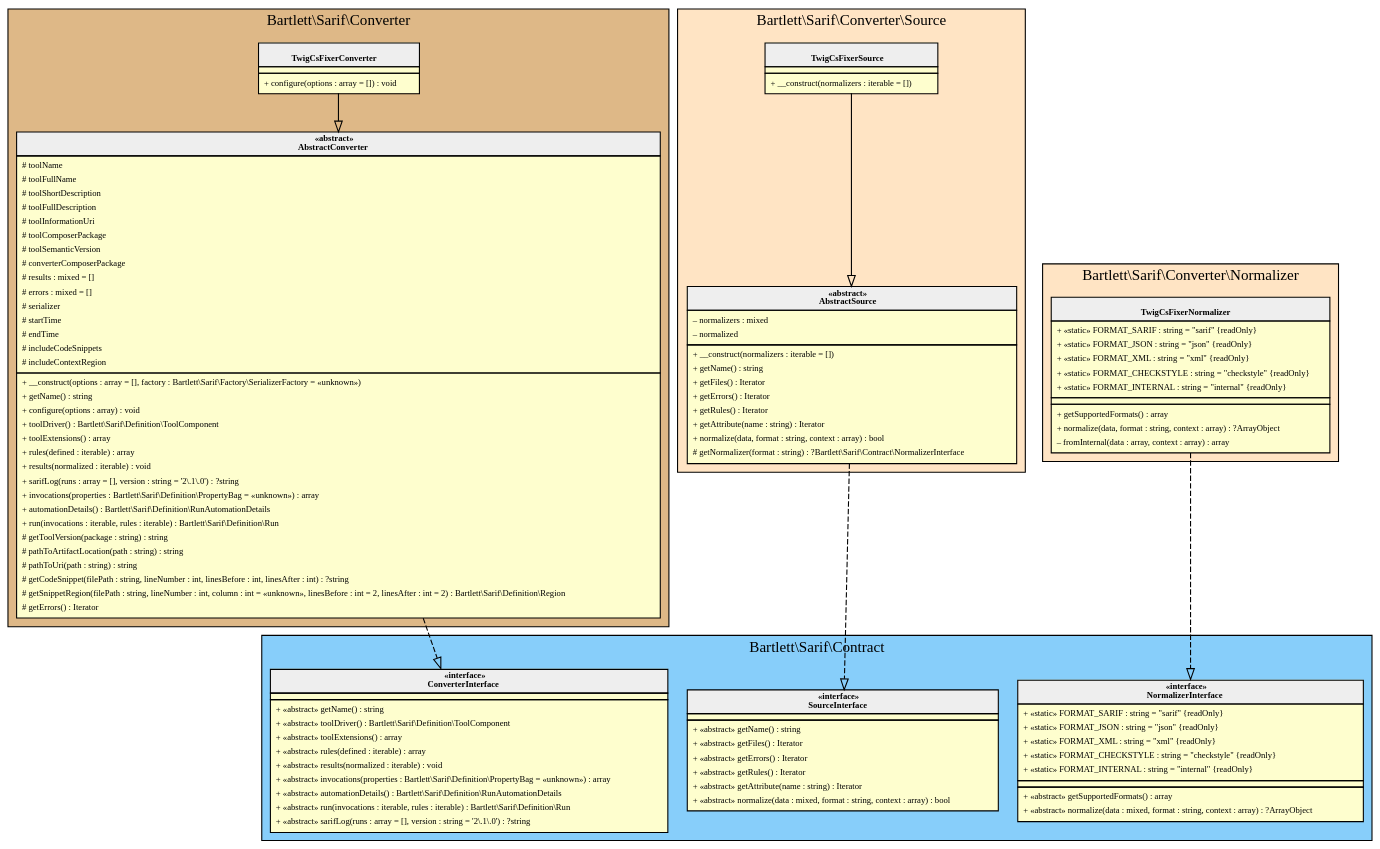
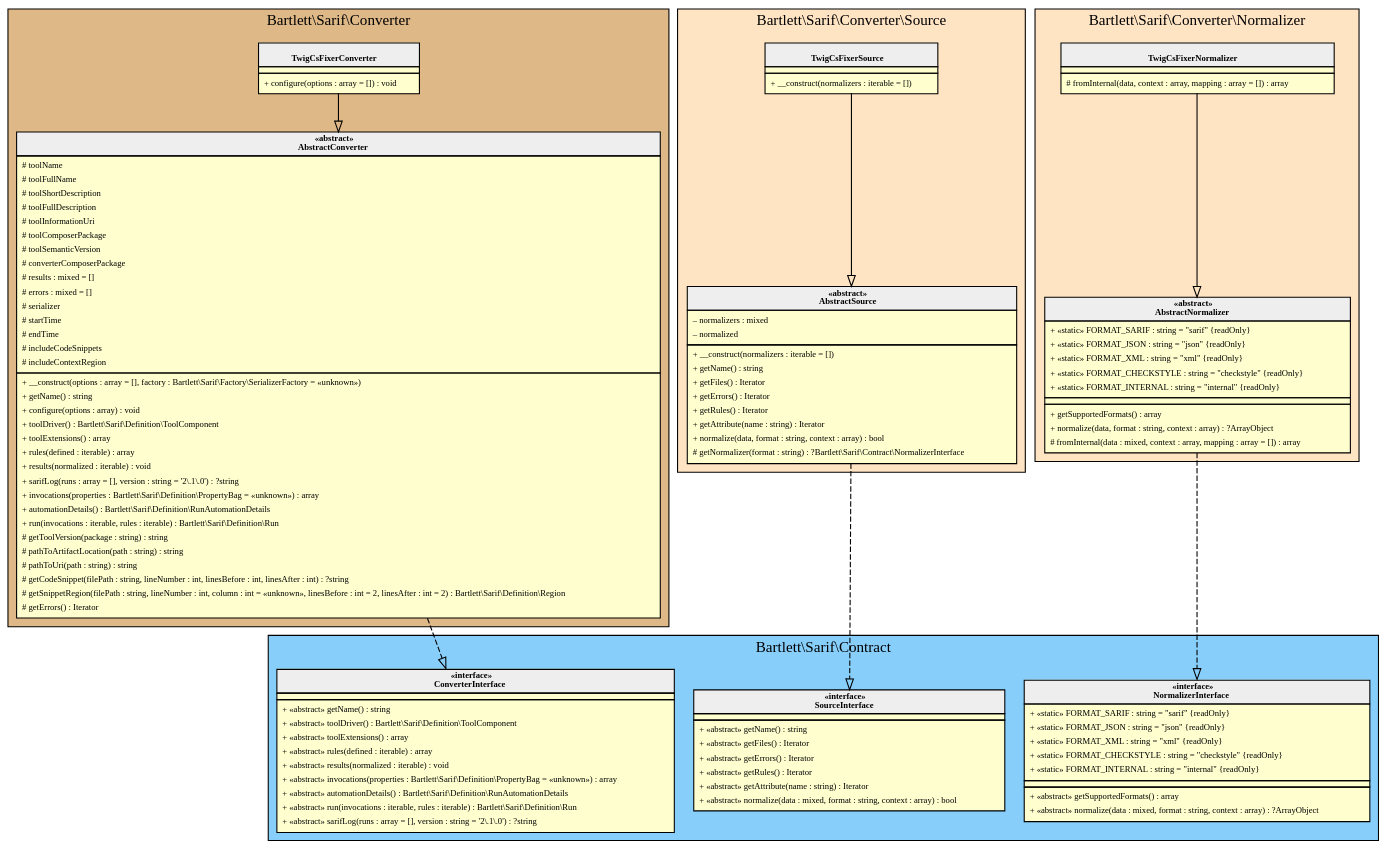
Before and after one commit to llaville/sarif-php-converters: the diagram in 1.0/assets/images/converter-twigcs-fixer.html.gv, drawn with Graphviz. The commit also changed 26 other files, not shown here.

```diff
--- a/1.0/assets/images/converter-twigcs-fixer.html.gv
+++ b/1.0/assets/images/converter-twigcs-fixer.html.gv
@@ -1,162 +1,171 @@
 digraph {
   graph [name="G" overlap="false" rankdir="TB" bgcolor="transparent"]
   node [fontname="Verdana" fontsize=8 shape="none" margin=0 fillcolor="#FEFECE" style="filled"]
   edge [fontname="Verdana" fontsize=8]
   subgraph cluster_0 {
     graph [bgcolor="BurlyWood"]
     label = "Bartlett\\Sarif\\Converter"
     "Bartlett\\Sarif\\Converter\\TwigCsFixerConverter" [shape="none" label=<
 <table cellspacing="0" border="0" cellborder="1">
     <tr><td bgcolor="#eeeeee"><b><br/>TwigCsFixerConverter</b></td></tr>
     <tr><td></td></tr>
     <tr><td><table border="0" cellspacing="0" cellpadding="2">
     <tr><td align="left">+ configure(options : array = []) : void</td></tr>
 </table></td></tr>
 </table>>]
     "Bartlett\\Sarif\\Converter\\AbstractConverter" [shape="none" label=<
 <table cellspacing="0" border="0" cellborder="1">
     <tr><td bgcolor="#eeeeee"><b>«abstract»<br/>AbstractConverter</b></td></tr>
     <tr><td><table border="0" cellspacing="0" cellpadding="2">
     <tr><td align="left"># toolName</td></tr>
     <tr><td align="left"># toolFullName</td></tr>
     <tr><td align="left"># toolShortDescription</td></tr>
     <tr><td align="left"># toolFullDescription</td></tr>
     <tr><td align="left"># toolInformationUri</td></tr>
     <tr><td align="left"># toolComposerPackage</td></tr>
     <tr><td align="left"># toolSemanticVersion</td></tr>
     <tr><td align="left"># converterComposerPackage</td></tr>
     <tr><td align="left"># results : mixed = []</td></tr>
     <tr><td align="left"># errors : mixed = []</td></tr>
     <tr><td align="left"># serializer</td></tr>
     <tr><td align="left"># startTime</td></tr>
     <tr><td align="left"># endTime</td></tr>
     <tr><td align="left"># includeCodeSnippets</td></tr>
     <tr><td align="left"># includeContextRegion</td></tr>
 </table></td></tr>
     <tr><td><table border="0" cellspacing="0" cellpadding="2">
     <tr><td align="left">+ __construct(options : array = [], factory : Bartlett\\Sarif\\Factory\\SerializerFactory = «unknown»)</td></tr>
     <tr><td align="left">+ getName() : string</td></tr>
     <tr><td align="left">+ configure(options : array) : void</td></tr>
     <tr><td align="left">+ toolDriver() : Bartlett\\Sarif\\Definition\\ToolComponent</td></tr>
     <tr><td align="left">+ toolExtensions() : array</td></tr>
     <tr><td align="left">+ rules(defined : iterable) : array</td></tr>
     <tr><td align="left">+ results(normalized : iterable) : void</td></tr>
     <tr><td align="left">+ sarifLog(runs : array = [], version : string = '2\.1\.0') : ?string</td></tr>
     <tr><td align="left">+ invocations(properties : Bartlett\\Sarif\\Definition\\PropertyBag = «unknown») : array</td></tr>
     <tr><td align="left">+ automationDetails() : Bartlett\\Sarif\\Definition\\RunAutomationDetails</td></tr>
     <tr><td align="left">+ run(invocations : iterable, rules : iterable) : Bartlett\\Sarif\\Definition\\Run</td></tr>
     <tr><td align="left"># getToolVersion(package : string) : string</td></tr>
     <tr><td align="left"># pathToArtifactLocation(path : string) : string</td></tr>
     <tr><td align="left"># pathToUri(path : string) : string</td></tr>
     <tr><td align="left"># getCodeSnippet(filePath : string, lineNumber : int, linesBefore : int, linesAfter : int) : ?string</td></tr>
     <tr><td align="left"># getSnippetRegion(filePath : string, lineNumber : int, column : int = «unknown», linesBefore : int = 2, linesAfter : int = 2) : Bartlett\\Sarif\\Definition\\Region</td></tr>
     <tr><td align="left"># getErrors() : Iterator</td></tr>
 </table></td></tr>
 </table>>]
   }
   subgraph cluster_1 {
     graph [bgcolor="LightSkyBlue"]
     label = "Bartlett\\Sarif\\Contract"
     "Bartlett\\Sarif\\Contract\\ConverterInterface" [shape="none" label=<
 <table cellspacing="0" border="0" cellborder="1">
     <tr><td bgcolor="#eeeeee"><b>«interface»<br/>ConverterInterface</b></td></tr>
     <tr><td></td></tr>
     <tr><td><table border="0" cellspacing="0" cellpadding="2">
     <tr><td align="left">+ «abstract» getName() : string</td></tr>
     <tr><td align="left">+ «abstract» toolDriver() : Bartlett\\Sarif\\Definition\\ToolComponent</td></tr>
     <tr><td align="left">+ «abstract» toolExtensions() : array</td></tr>
     <tr><td align="left">+ «abstract» rules(defined : iterable) : array</td></tr>
     <tr><td align="left">+ «abstract» results(normalized : iterable) : void</td></tr>
     <tr><td align="left">+ «abstract» invocations(properties : Bartlett\\Sarif\\Definition\\PropertyBag = «unknown») : array</td></tr>
     <tr><td align="left">+ «abstract» automationDetails() : Bartlett\\Sarif\\Definition\\RunAutomationDetails</td></tr>
     <tr><td align="left">+ «abstract» run(invocations : iterable, rules : iterable) : Bartlett\\Sarif\\Definition\\Run</td></tr>
     <tr><td align="left">+ «abstract» sarifLog(runs : array = [], version : string = '2\.1\.0') : ?string</td></tr>
 </table></td></tr>
 </table>>]
     "Bartlett\\Sarif\\Contract\\SourceInterface" [shape="none" label=<
 <table cellspacing="0" border="0" cellborder="1">
     <tr><td bgcolor="#eeeeee"><b>«interface»<br/>SourceInterface</b></td></tr>
     <tr><td></td></tr>
     <tr><td><table border="0" cellspacing="0" cellpadding="2">
     <tr><td align="left">+ «abstract» getName() : string</td></tr>
     <tr><td align="left">+ «abstract» getFiles() : Iterator</td></tr>
     <tr><td align="left">+ «abstract» getErrors() : Iterator</td></tr>
     <tr><td align="left">+ «abstract» getRules() : Iterator</td></tr>
     <tr><td align="left">+ «abstract» getAttribute(name : string) : Iterator</td></tr>
     <tr><td align="left">+ «abstract» normalize(data : mixed, format : string, context : array) : bool</td></tr>
 </table></td></tr>
 </table>>]
     "Bartlett\\Sarif\\Contract\\NormalizerInterface" [shape="none" label=<
 <table cellspacing="0" border="0" cellborder="1">
     <tr><td bgcolor="#eeeeee"><b>«interface»<br/>NormalizerInterface</b></td></tr>
     <tr><td><table border="0" cellspacing="0" cellpadding="2">
     <tr><td align="left">+ «static» FORMAT_SARIF : string = "sarif" {readOnly}</td></tr>
     <tr><td align="left">+ «static» FORMAT_JSON : string = "json" {readOnly}</td></tr>
     <tr><td align="left">+ «static» FORMAT_XML : string = "xml" {readOnly}</td></tr>
     <tr><td align="left">+ «static» FORMAT_CHECKSTYLE : string = "checkstyle" {readOnly}</td></tr>
     <tr><td align="left">+ «static» FORMAT_INTERNAL : string = "internal" {readOnly}</td></tr>
 </table></td></tr>
     <tr><td></td></tr>
     <tr><td><table border="0" cellspacing="0" cellpadding="2">
     <tr><td align="left">+ «abstract» getSupportedFormats() : array</td></tr>
     <tr><td align="left">+ «abstract» normalize(data : mixed, format : string, context : array) : ?ArrayObject</td></tr>
 </table></td></tr>
 </table>>]
   }
   subgraph cluster_2 {
     graph [bgcolor="Bisque"]
     label = "Bartlett\\Sarif\\Converter\\Source"
     "Bartlett\\Sarif\\Converter\\Source\\TwigCsFixerSource" [shape="none" label=<
 <table cellspacing="0" border="0" cellborder="1">
     <tr><td bgcolor="#eeeeee"><b><br/>TwigCsFixerSource</b></td></tr>
     <tr><td></td></tr>
     <tr><td><table border="0" cellspacing="0" cellpadding="2">
     <tr><td align="left">+ __construct(normalizers : iterable = [])</td></tr>
 </table></td></tr>
 </table>>]
     "Bartlett\\Sarif\\Converter\\Source\\AbstractSource" [shape="none" label=<
 <table cellspacing="0" border="0" cellborder="1">
     <tr><td bgcolor="#eeeeee"><b>«abstract»<br/>AbstractSource</b></td></tr>
     <tr><td><table border="0" cellspacing="0" cellpadding="2">
     <tr><td align="left">– normalizers : mixed</td></tr>
     <tr><td align="left">– normalized</td></tr>
 </table></td></tr>
     <tr><td><table border="0" cellspacing="0" cellpadding="2">
     <tr><td align="left">+ __construct(normalizers : iterable = [])</td></tr>
     <tr><td align="left">+ getName() : string</td></tr>
     <tr><td align="left">+ getFiles() : Iterator</td></tr>
     <tr><td align="left">+ getErrors() : Iterator</td></tr>
     <tr><td align="left">+ getRules() : Iterator</td></tr>
     <tr><td align="left">+ getAttribute(name : string) : Iterator</td></tr>
     <tr><td align="left">+ normalize(data, format : string, context : array) : bool</td></tr>
     <tr><td align="left"># getNormalizer(format : string) : ?Bartlett\\Sarif\\Contract\\NormalizerInterface</td></tr>
 </table></td></tr>
 </table>>]
   }
   subgraph cluster_3 {
     graph [bgcolor="Bisque"]
     label = "Bartlett\\Sarif\\Converter\\Normalizer"
     "Bartlett\\Sarif\\Converter\\Normalizer\\TwigCsFixerNormalizer" [shape="none" label=<
 <table cellspacing="0" border="0" cellborder="1">
     <tr><td bgcolor="#eeeeee"><b><br/>TwigCsFixerNormalizer</b></td></tr>
+    <tr><td></td></tr>
+    <tr><td><table border="0" cellspacing="0" cellpadding="2">
+    <tr><td align="left"># fromInternal(data, context : array, mapping : array = []) : array</td></tr>
+</table></td></tr>
+</table>>]
+    "Bartlett\\Sarif\\Converter\\Normalizer\\AbstractNormalizer" [shape="none" label=<
+<table cellspacing="0" border="0" cellborder="1">
+    <tr><td bgcolor="#eeeeee"><b>«abstract»<br/>AbstractNormalizer</b></td></tr>
     <tr><td><table border="0" cellspacing="0" cellpadding="2">
     <tr><td align="left">+ «static» FORMAT_SARIF : string = "sarif" {readOnly}</td></tr>
     <tr><td align="left">+ «static» FORMAT_JSON : string = "json" {readOnly}</td></tr>
     <tr><td align="left">+ «static» FORMAT_XML : string = "xml" {readOnly}</td></tr>
     <tr><td align="left">+ «static» FORMAT_CHECKSTYLE : string = "checkstyle" {readOnly}</td></tr>
     <tr><td align="left">+ «static» FORMAT_INTERNAL : string = "internal" {readOnly}</td></tr>
 </table></td></tr>
     <tr><td></td></tr>
     <tr><td><table border="0" cellspacing="0" cellpadding="2">
     <tr><td align="left">+ getSupportedFormats() : array</td></tr>
     <tr><td align="left">+ normalize(data, format : string, context : array) : ?ArrayObject</td></tr>
-    <tr><td align="left">– fromInternal(data : array, context : array) : array</td></tr>
+    <tr><td align="left"># fromInternal(data : mixed, context : array, mapping : array = []) : array</td></tr>
 </table></td></tr>
 </table>>]
   }
   "Bartlett\\Sarif\\Converter\\AbstractConverter" -> "Bartlett\\Sarif\\Contract\\ConverterInterface" [arrowhead="empty" style="dashed"]
   "Bartlett\\Sarif\\Converter\\TwigCsFixerConverter" -> "Bartlett\\Sarif\\Converter\\AbstractConverter" [arrowhead="empty" style="filled"]
   "Bartlett\\Sarif\\Converter\\Source\\AbstractSource" -> "Bartlett\\Sarif\\Contract\\SourceInterface" [arrowhead="empty" style="dashed"]
   "Bartlett\\Sarif\\Converter\\Source\\TwigCsFixerSource" -> "Bartlett\\Sarif\\Converter\\Source\\AbstractSource" [arrowhead="empty" style="filled"]
-  "Bartlett\\Sarif\\Converter\\Normalizer\\TwigCsFixerNormalizer" -> "Bartlett\\Sarif\\Contract\\NormalizerInterface" [arrowhead="empty" style="dashed"]
+  "Bartlett\\Sarif\\Converter\\Normalizer\\AbstractNormalizer" -> "Bartlett\\Sarif\\Contract\\NormalizerInterface" [arrowhead="empty" style="dashed"]
+  "Bartlett\\Sarif\\Converter\\Normalizer\\TwigCsFixerNormalizer" -> "Bartlett\\Sarif\\Converter\\Normalizer\\AbstractNormalizer" [arrowhead="empty" style="filled"]
 }
```
